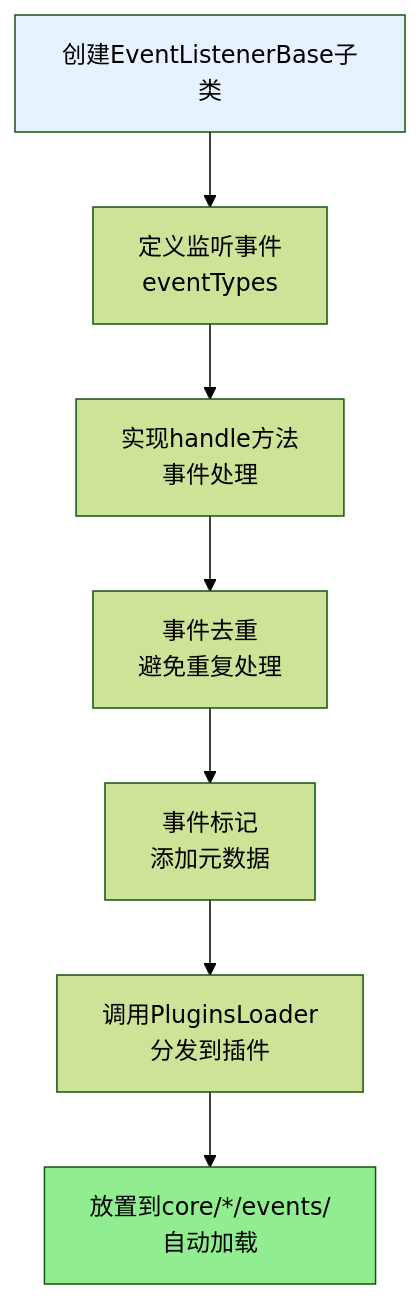
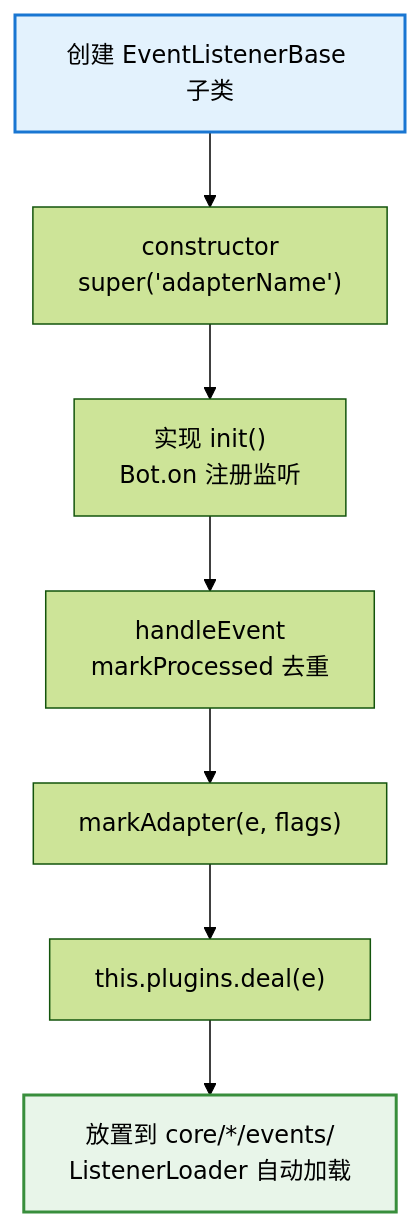
Before and after one commit to sunflowermm/XRK-AGT: the fifth of 9 diagrams in docs/框架可扩展性指南.md, drawn with Mermaid (forest theme). The commit also changed other lines of this file and 31 other files, not shown here.

````diff
--- a/docs/框架可扩展性指南.md
+++ b/docs/框架可扩展性指南.md
@@ -530,12 +531,12 @@
 ```mermaid
 flowchart TB
-    A["创建EventListenerBase子类"] --> B["定义监听事件<br/>eventTypes"]
-    B --> C["实现handle方法<br/>事件处理"]
-    C --> D["事件去重<br/>避免重复处理"]
-    D --> E["事件标记<br/>添加元数据"]
-    E --> F["调用PluginsLoader<br/>分发到插件"]
-    F --> G["放置到core/*/events/<br/>自动加载"]
+    A["创建 EventListenerBase 子类"] --> B["constructor<br/>super('adapterName')"]
+    B --> C["实现 init()<br/>Bot.on 注册监听"]
+    C --> D["handleEvent<br/>markProcessed 去重"]
+    D --> E["markAdapter(e, flags)"]
+    E --> F["this.plugins.deal(e)"]
+    F --> G["放置到 core/*/events/<br/>ListenerLoader 自动加载"]
     
-    style A fill:#E6F3FF
-    style G fill:#90EE90
+    style A fill:#E3F2FD,stroke:#1976D2,stroke-width:2px
+    style G fill:#E8F5E9,stroke:#388E3C,stroke-width:2px
 ```
````
